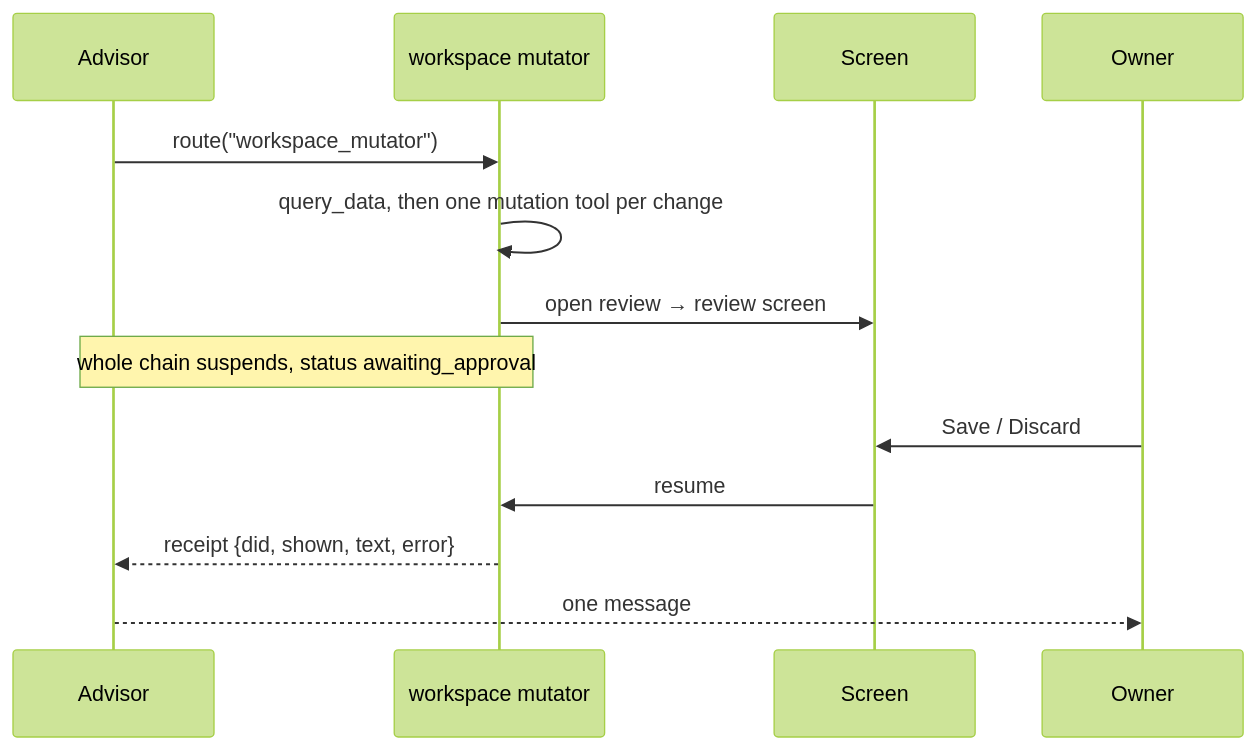
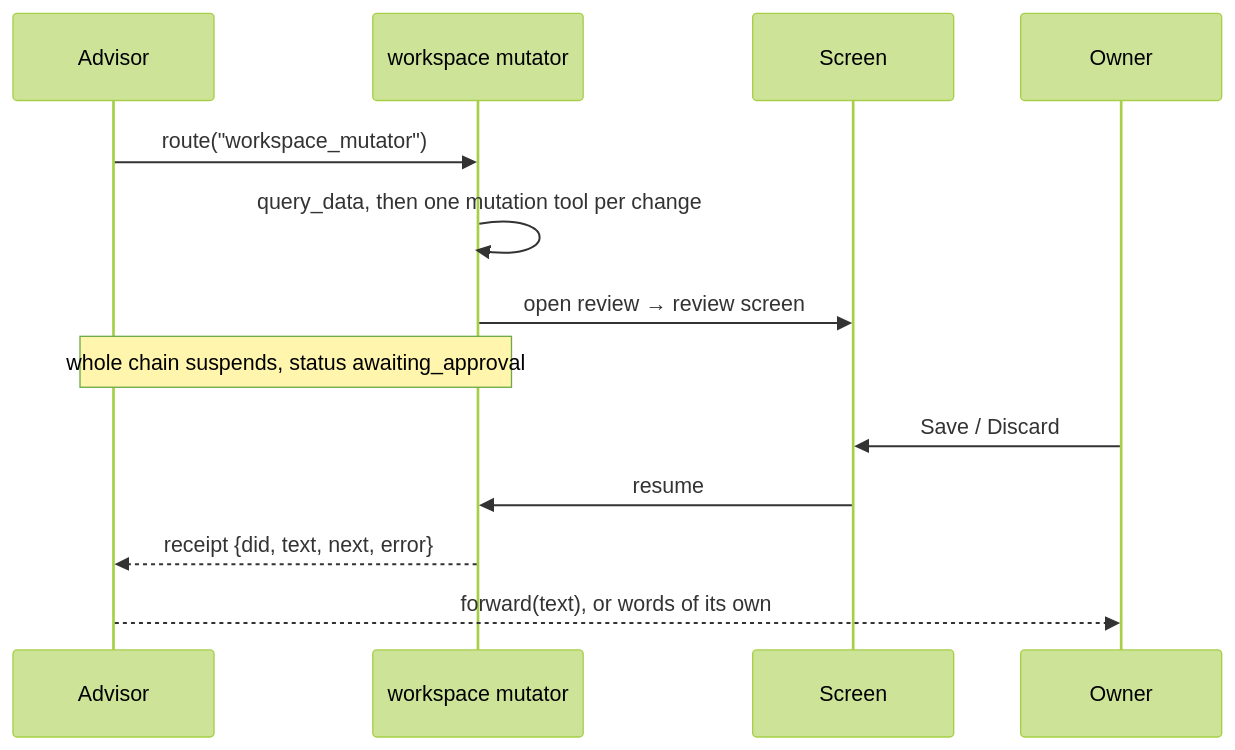
The sixth of 13 diagrams in docs/AGENT_ARCH.md (myvaheed/tg-ai-safwa), drawn with Mermaid (forest theme) before and after one commit. The commit also changed other lines of this file and 35 other files, not shown here.

````diff
--- a/docs/AGENT_ARCH.md
+++ b/docs/AGENT_ARCH.md
@@ -319,15 +319,15 @@
 ```mermaid
 sequenceDiagram
     participant A as Advisor
     participant B as workspace mutator
     participant S as Screen
     participant O as Owner
     A->>B: route("workspace_mutator")
     B->>B: query_data, then one mutation tool per change
     B->>S: open review → review screen
     Note over A,B: whole chain suspends, status awaiting_approval
     O->>S: Save / Discard
     S->>B: resume
-    B-->>A: receipt {did, shown, text, error}
-    A-->>O: one message
+    B-->>A: receipt {did, text, next, error}
+    A-->>O: forward(text), or words of its own
 ```
````
